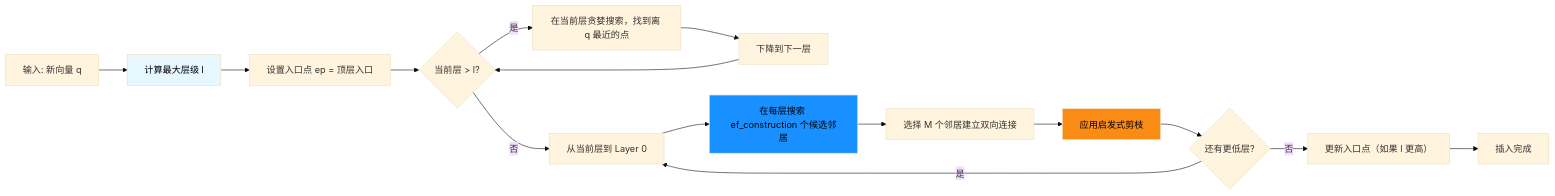
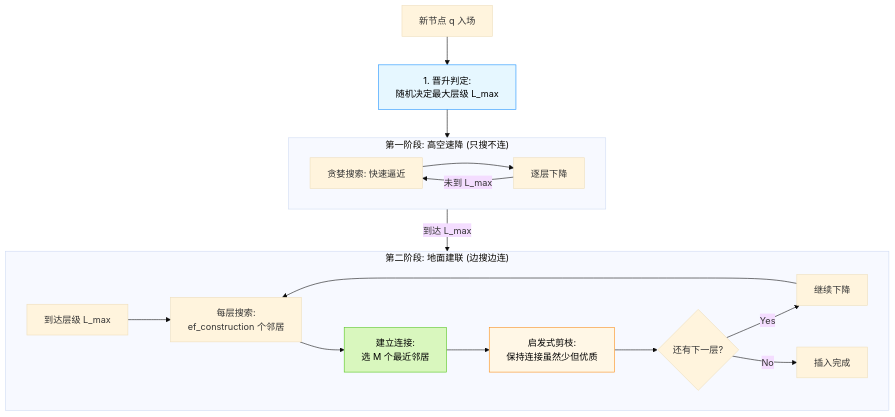
Before and after one commit to ThreeFish-AI/agentic-ai-cognizes: the tenth of 38 diagrams in docs/research/003-vector-search-algorithm.md, drawn with Mermaid (base theme). The commit also changed other lines of this file, not shown here.

````diff
--- a/docs/research/003-vector-search-algorithm.md
+++ b/docs/research/003-vector-search-algorithm.md
@@ -718,23 +732,27 @@
 ```mermaid
-flowchart LR
-    A[输入: 新向量 q] --> B[计算最大层级 l]
-    B --> C[设置入口点 ep = 顶层入口]
+flowchart TD
+    Start[新节点 q 入场] --> LevelCalc[1. 晋升判定: <br/>随机决定最大层级 L_max]
 
-    C --> D{当前层 > l?}
-    D --> |是| E[在当前层贪婪搜索，找到离 q 最近的点]
-    E --> F[下降到下一层]
-    F --> D
+    subgraph Phase1 ["第一阶段: 高空速降 (只搜不连)"]
+        direction LR
+        P1_Search[贪婪搜索: 快速逼近] --> P1_Down[逐层下降]
+        P1_Down --> |"未到 L_max"| P1_Search
+    end
 
-    D --> |否| G[从当前层到 Layer 0]
-    G --> H[在每层搜索 ef_construction 个候选邻居]
-    H --> I[选择 M 个邻居建立双向连接]
-    I --> J[应用启发式剪枝]
-    J --> K{还有更低层?}
-    K --> |是| G
-    K --> |否| L[更新入口点（如果 l 更高）]
-    L --> M[插入完成]
+    subgraph Phase2 ["第二阶段: 地面建联 (边搜边连)"]
+        direction LR
+        P2_Layer["到达层级 L_max"] --> P2_Search[每层搜索: <br/>ef_construction 个邻居]
+        P2_Search --> P2_Link[建立连接: <br/>选 M 个最近邻居]
+        P2_Link --> P2_Prune[启发式剪枝: <br/>保持连接虽然少但优质]
+        P2_Prune --> P2_Next{还有下一层?}
+        P2_Next --> |Yes| P2_Down[继续下降] --> P2_Search
+        P2_Next --> |No| End[插入完成]
+    end
 
-    style B fill:#e6f7ff,color:#000000
-    style H fill:#1890ff,color:#000000
-    style J fill:#fa8c16,color:#000000
+    LevelCalc --> Phase1
+    Phase1 --> |"到达 L_max"| Phase2
+
+    style LevelCalc fill:#e6f7ff,stroke:#1890ff,color:#000000
+    style P2_Link fill:#d9f7be,stroke:#52c41a,color:#000000
+    style P2_Prune fill:#fff7e6,stroke:#fa8c16,color:#000000
 ```
````
